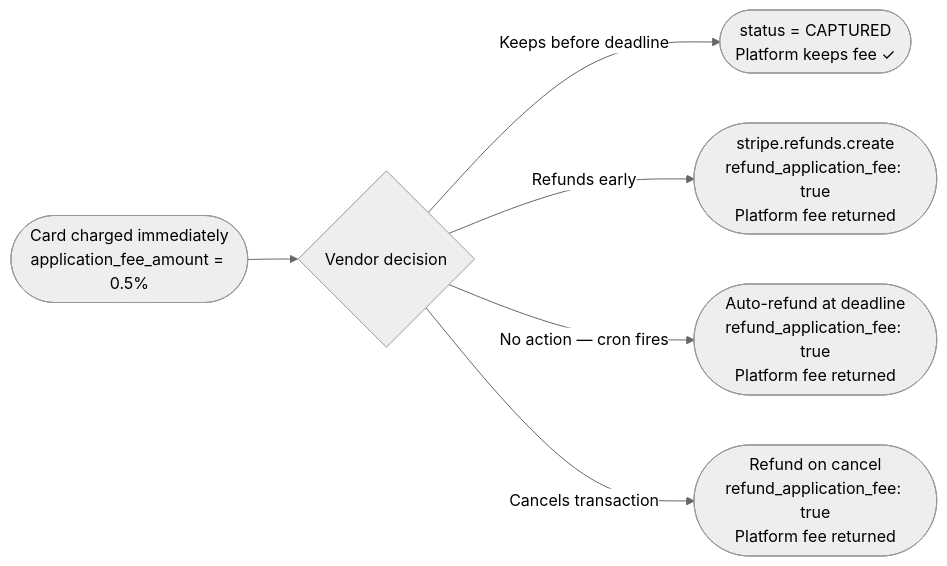
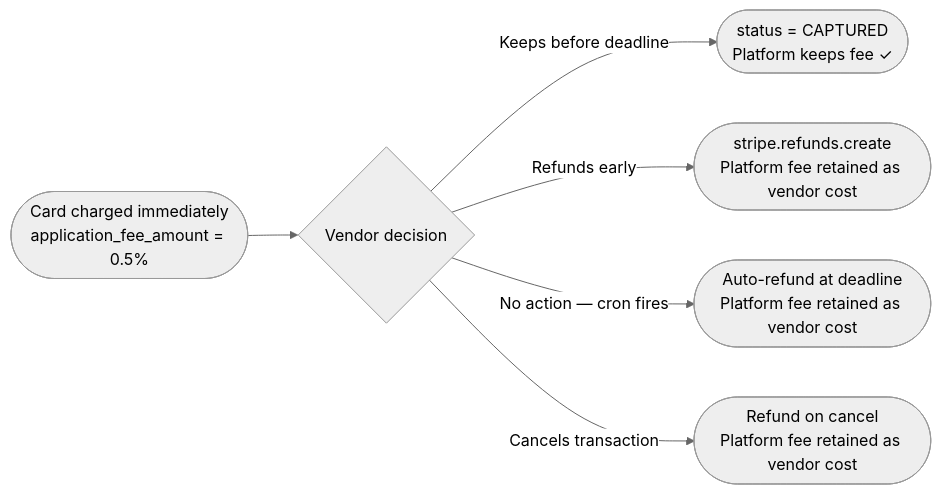
One commit to landri81/contrazy.github.io changed the fourth of 8 diagrams in docs/deposit-fee-flow.md. Above: the diagram before and after it, drawn with Mermaid (neutral theme). The commit also changed other lines of this file and 23 other files, not shown here.

````diff
--- a/docs/deposit-fee-flow.md
+++ b/docs/deposit-fee-flow.md
@@ -146,9 +148,9 @@
 ```mermaid
 flowchart LR
     A([Card charged immediately\napplication_fee_amount = 0.5%]) --> B{Vendor decision}
 
     B -->|Keeps before deadline| C([status = CAPTURED\nPlatform keeps fee ✓])
-    B -->|Refunds early| D([stripe.refunds.create\nrefund_application_fee: true\nPlatform fee returned])
-    B -->|No action — cron fires| E([Auto-refund at deadline\nrefund_application_fee: true\nPlatform fee returned])
-    B -->|Cancels transaction| F([Refund on cancel\nrefund_application_fee: true\nPlatform fee returned])
+    B -->|Refunds early| D([stripe.refunds.create\nPlatform fee retained as vendor cost])
+    B -->|No action — cron fires| E([Auto-refund at deadline\nPlatform fee retained as vendor cost])
+    B -->|Cancels transaction| F([Refund on cancel\nPlatform fee retained as vendor cost])
 ```
````
